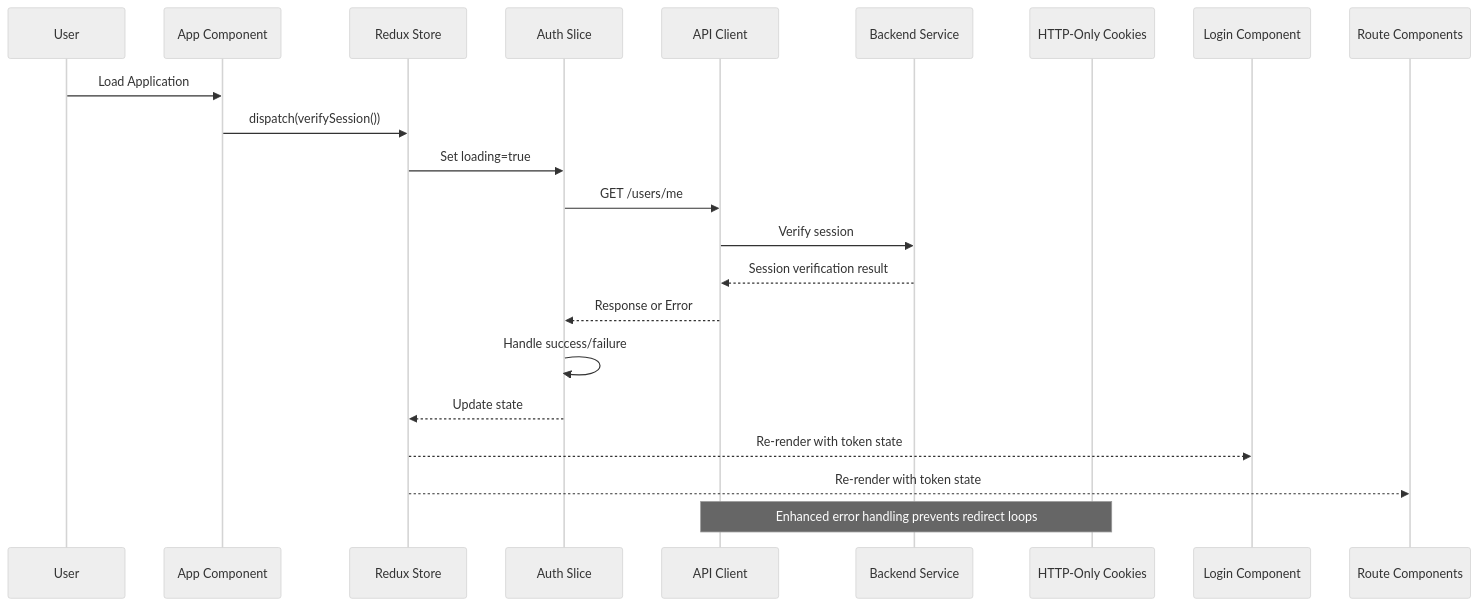
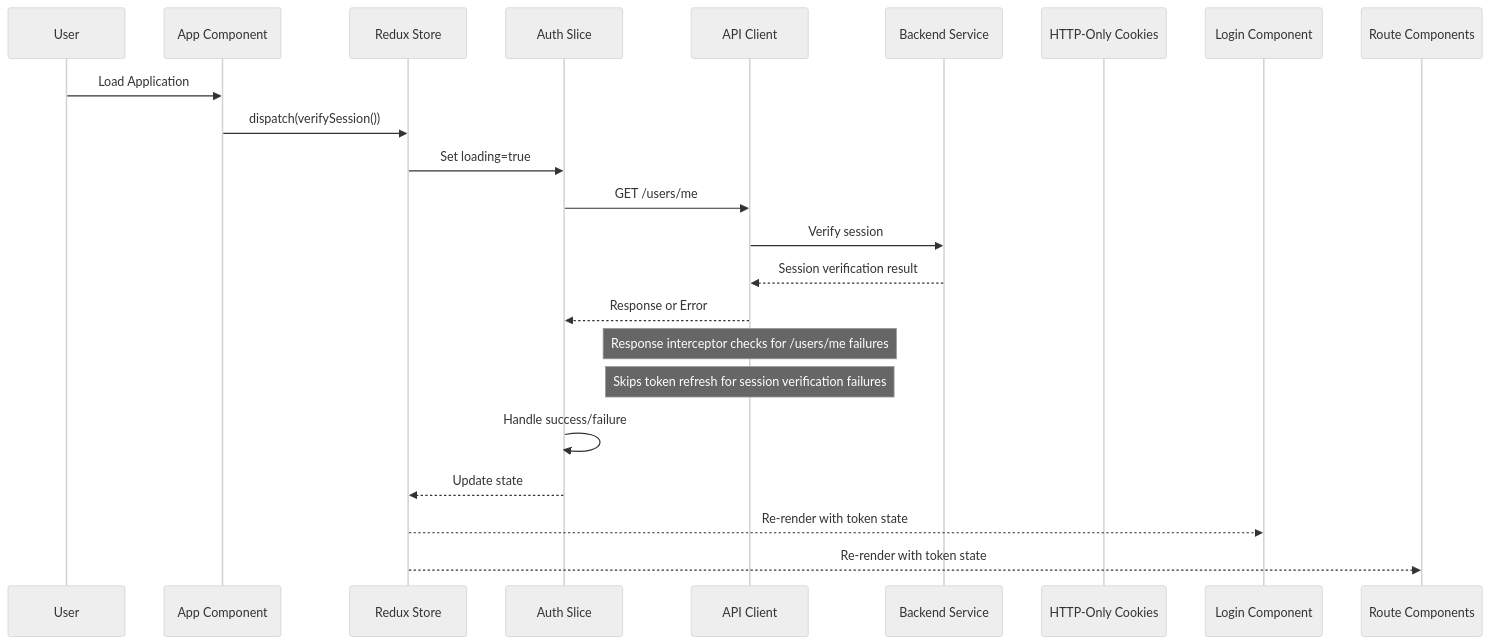
One commit to Aryan9060/Timetable-Project changed the second of 4 diagrams in .qoder/repowiki/en/content/Authentication & Authorization/Frontend Authentication State Management.md. Above: the diagram before and after it, drawn with Mermaid (neutral theme). The commit also changed other lines of this file and 48 other files, not shown here.

````diff
--- a/.qoder/repowiki/en/content/Authentication & Authorization/Frontend Authentication State Management.md
+++ b/.qoder/repowiki/en/content/Authentication & Authorization/Frontend Authentication State Management.md
@@ -119,24 +121,25 @@
 ```mermaid
 sequenceDiagram
 participant User as User
 participant App as App Component
 participant Store as Redux Store
 participant AuthSlice as Auth Slice
 participant ApiClient as API Client
 participant Backend as Backend Service
 participant Cookies as HTTP-Only Cookies
 participant Login as Login Component
 participant Routes as Route Components
 User->>App : Load Application
 App->>Store : dispatch(verifySession())
 Store->>AuthSlice : Set loading=true
 AuthSlice->>ApiClient : GET /users/me
 ApiClient->>Backend : Verify session
 Backend-->>ApiClient : Session verification result
 ApiClient-->>AuthSlice : Response or Error
+Note over ApiClient : Response interceptor checks for /users/me failures
+Note over ApiClient : Skips token refresh for session verification failures
 AuthSlice->>AuthSlice : Handle success/failure
 AuthSlice-->>Store : Update state
 Store-->>Login : Re-render with token state
 Store-->>Routes : Re-render with token state
-Note over ApiClient,Cookies : Enhanced error handling prevents redirect loops
 ```
````
